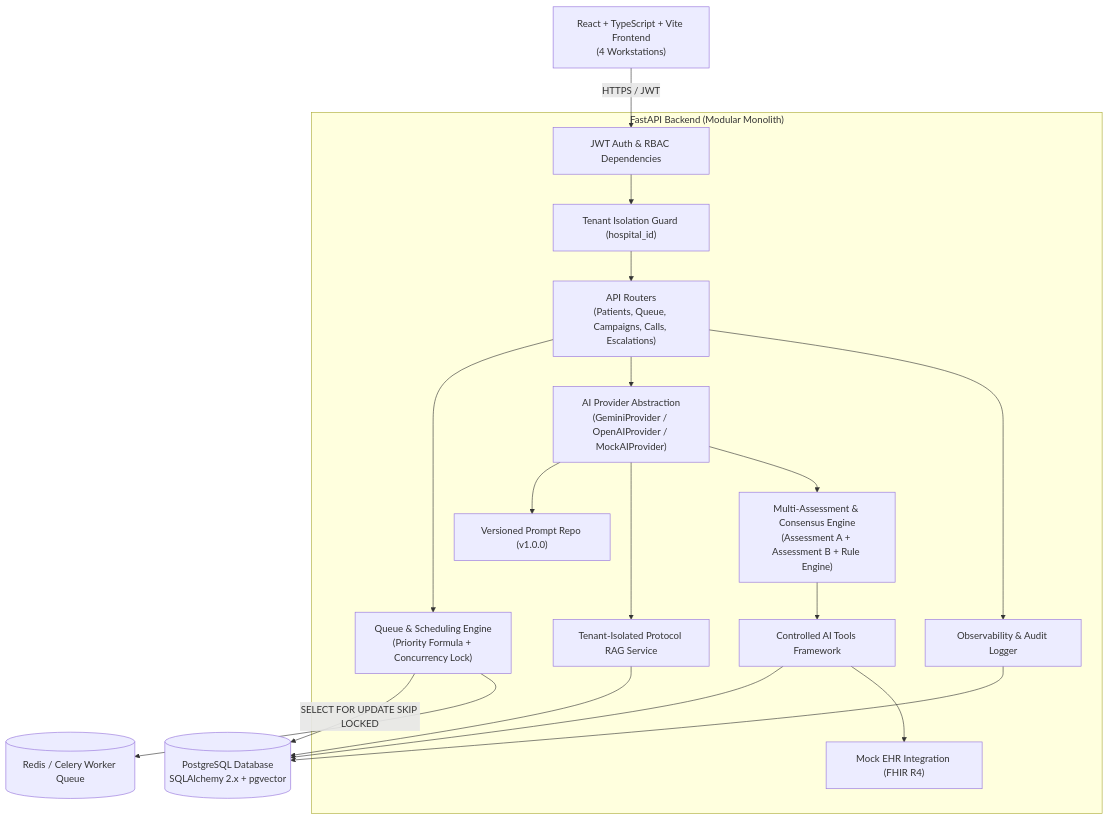
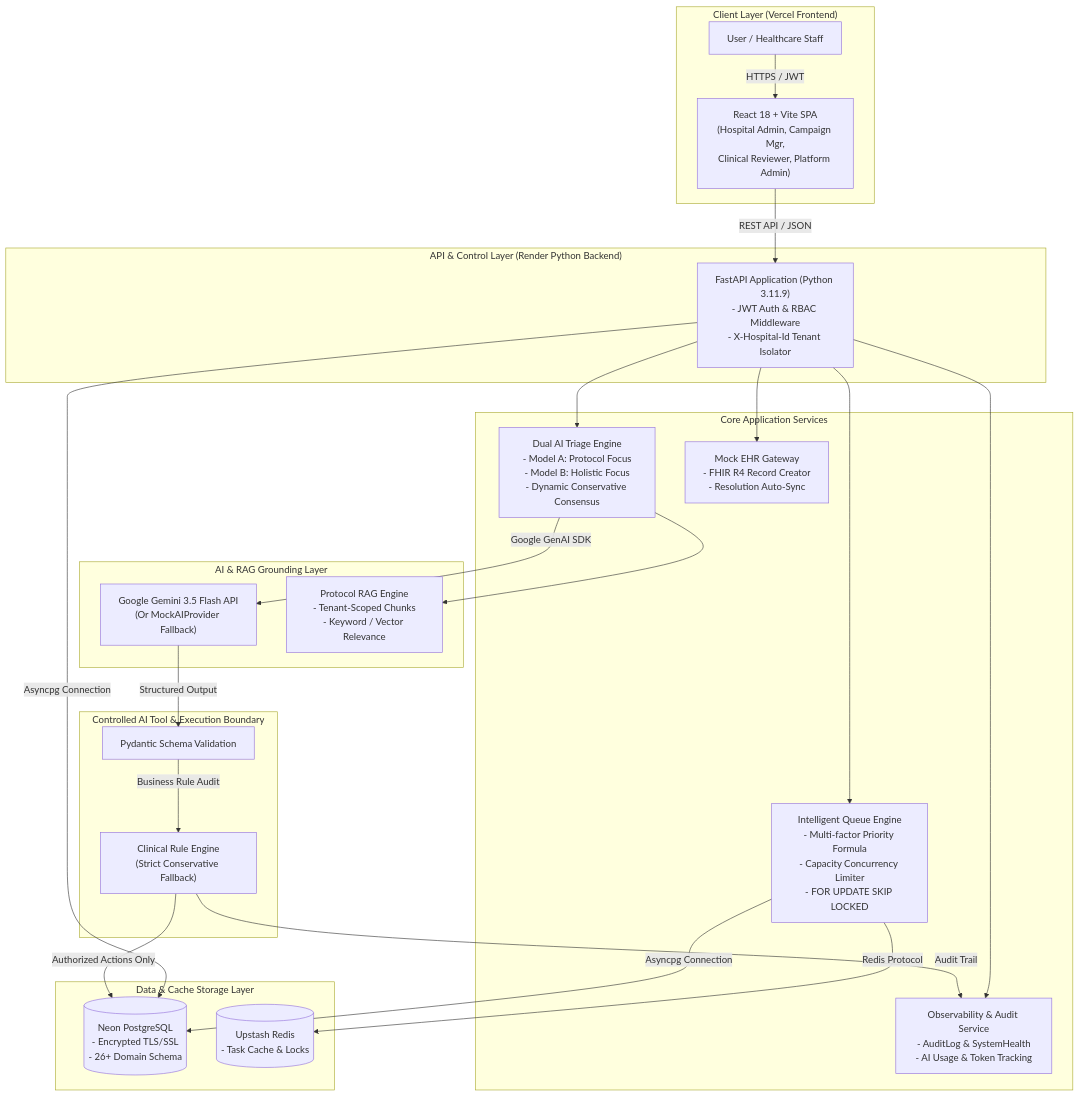
Before and after one commit to meghanakondeti33/PostCare: the diagram in ARCHITECTURE.md, drawn with Mermaid. The commit also changed other lines of this file and 15 other files, not shown here.

````diff
--- a/ARCHITECTURE.md
+++ b/ARCHITECTURE.md
@@ -7,48 +13,35 @@
 ```mermaid
-graph TD
-    Client["React + TypeScript + Vite Frontend<br/>(4 Workstations)"]
-    
-    subgraph FastAPI_Backend ["FastAPI Backend (Modular Monolith)"]
-        AuthModule["JWT Auth & RBAC Dependencies"]
-        TenantGuard["Tenant Isolation Guard (hospital_id)"]
-        
-        APILayer["API Routers<br/>(Patients, Queue, Campaigns, Calls, Escalations)"]
-        
-        QueueEngine["Queue & Scheduling Engine<br/>(Priority Formula + Concurrency Lock)"]
-        
-        AIProvider["AI Provider Abstraction<br/>(GeminiProvider / OpenAIProvider / MockAIProvider)"]
-        PromptRepo["Versioned Prompt Repo (v1.0.0)"]
-        
-        RAGModule["Tenant-Isolated Protocol RAG Service"]
-        ConsensusModule["Multi-Assessment & Consensus Engine<br/>(Assessment A + Assessment B + Rule Engine)"]
-        
-        ControlledTools["Controlled AI Tools Framework"]
-        EHRModule["Mock EHR Integration (FHIR R4)"]
-        
-        AuditObs["Observability & Audit Logger"]
+flowchart TD
+    subgraph ClientLayer ["Client Layer (Vercel Frontend)"]
+        User["User / Healthcare Staff"] -->|HTTPS / JWT| Frontend["React 18 + Vite SPA\n(Hospital Admin, Campaign Mgr,\nClinical Reviewer, Platform Admin)"]
     end
-    
-    Database[(PostgreSQL Database<br/>SQLAlchemy 2.x + pgvector)]
-    RedisQueue[(Redis / Celery Worker Queue)]
-    
-    Client -->|HTTPS / JWT| AuthModule
-    AuthModule --> TenantGuard
-    TenantGuard --> APILayer
-    
-    APILayer --> QueueEngine
-    QueueEngine -->|SELECT FOR UPDATE SKIP LOCKED| Database
-    QueueEngine --> RedisQueue
-    
-    APILayer --> AIProvider
-    AIProvider --> PromptRepo
-    AIProvider --> RAGModule
-    RAGModule --> Database
-    
-    AIProvider --> ConsensusModule
-    ConsensusModule --> ControlledTools
-    ControlledTools --> Database
-    ControlledTools --> EHRModule
-    
-    APILayer --> AuditObs
-    AuditObs --> Database
+
+    subgraph APILayer ["API & Control Layer (Render Python Backend)"]
+        Frontend -->|REST API / JSON| FastAPI["FastAPI Application (Python 3.11.9)\n- JWT Auth & RBAC Middleware\n- X-Hospital-Id Tenant Isolator"]
+    end
+
+    subgraph ApplicationServices ["Core Application Services"]
+        FastAPI --> QueueEngine["Intelligent Queue Engine\n- Multi-factor Priority Formula\n- Capacity Concurrency Limiter\n- FOR UPDATE SKIP LOCKED"]
+        FastAPI --> TriagePipeline["Dual AI Triage Engine\n- Model A: Protocol Focus\n- Model B: Holistic Focus\n- Dynamic Conservative Consensus"]
+        FastAPI --> EHRGateway["Mock EHR Gateway\n- FHIR R4 Record Creator\n- Resolution Auto-Sync"]
+        FastAPI --> AuditObs["Observability & Audit Service\n- AuditLog & SystemHealth\n- AI Usage & Token Tracking"]
+    end
+
+    subgraph DataStorage ["Data & Cache Storage Layer"]
+        QueueEngine -->|Asyncpg Connection| NeonDB[(Neon PostgreSQL\n- Encrypted TLS/SSL\n- 26+ Domain Schema)]
+        FastAPI -->|Asyncpg Connection| NeonDB
+        QueueEngine -->|Redis Protocol| UpstashRedis[(Upstash Redis\n- Task Cache & Locks)]
+    end
+
+    subgraph AIServices ["AI & RAG Grounding Layer"]
+        TriagePipeline -->|Google GenAI SDK| GeminiAPI["Google Gemini 3.5 Flash API\n(Or MockAIProvider Fallback)"]
+        TriagePipeline --> ProtocolRAG["Protocol RAG Engine\n- Tenant-Scoped Chunks\n- Keyword / Vector Relevance"]
+    end
+
+    subgraph GuardrailBoundary ["Controlled AI Tool & Execution Boundary"]
+        GeminiAPI -->|Structured Output| Validation["Pydantic Schema Validation"]
+        Validation -->|Business Rule Audit| RuleEngine["Clinical Rule Engine\n(Strict Conservative Fallback)"]
+        RuleEngine -->|Authorized Actions Only| NeonDB
+        RuleEngine -->|Audit Trail| AuditObs
+    end
 ```
````
